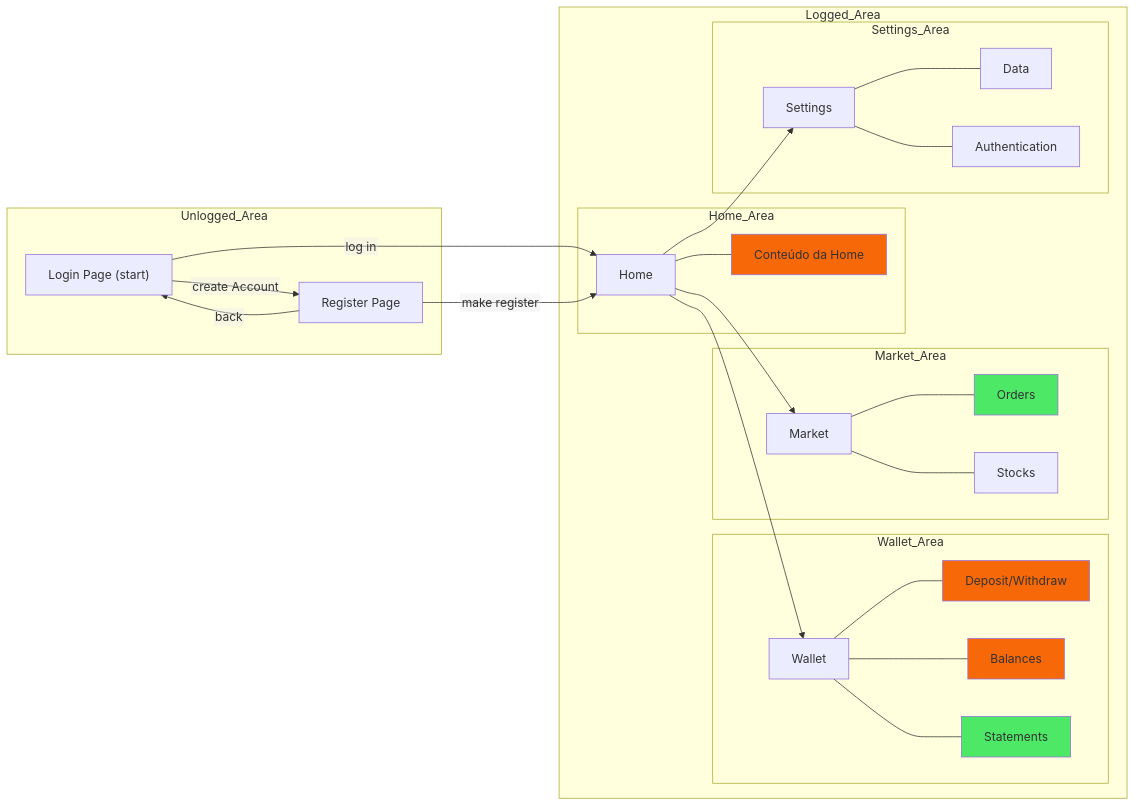
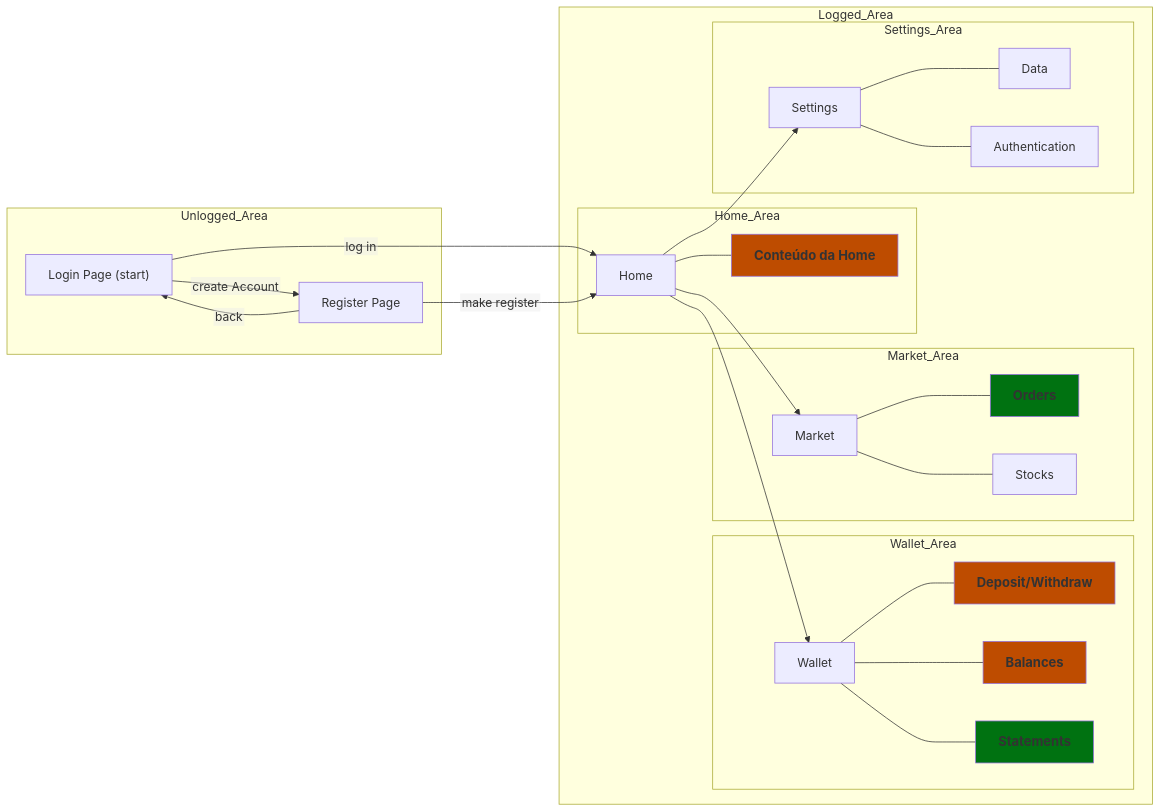
One commit to Lucas-MDC/BaroTrader changed the diagram in docs/architecture.md. Above: the diagram before and after it, drawn with Mermaid.

Commit message:
doc: changed warning and suggest color and font

````diff
--- a/docs/architecture.md
+++ b/docs/architecture.md
@@ -1,66 +1,66 @@
 ```mermaid
 ---
 config:
   flowchart:
     htmlLabels: false
 ---
 flowchart LR
 
-    classDef warning fill:#f76808
-    classDef suggest fill:#4DE865
+    classDef warning fill: #be4c00ff, font-weight: bold, font-size: 13pt
+    classDef suggest fill: #007211ff, font-weight: bold, font-size: 13pt
         
     subgraph Unlogged_Area
     loginPage["Login Page (start)"]
     register["Register Page"]
     end
     
     subgraph Logged_Area
 
         subgraph Home_Area
             home["Home"]
             content["Conteúdo da Home"]
         end
 
         subgraph Wallet_Area
             wallet["Wallet"]
             money_io["Deposit/Withdraw"]
             balances["Balances"]
             statements["Statements"]
             
         end
     
         subgraph Market_Area
             market["Market"]
             orders["Orders"]
             stocks["Stocks"]
         end
     
         subgraph Settings_Area
             settings["Settings"]
             user_perfil["Data"]
             auth["Authentication"]
         end
     
     loginPage -->|log in| home
     loginPage -->|create Account| register
     register -->|back| loginPage
     register -->|make register| home
     
     home --> wallet
     home --> market
     home --> settings
     
     home --- content:::warning
 
     wallet --- money_io:::warning
     wallet --- balances:::warning
     wallet --- statements:::suggest
 
     market --- orders:::suggest
     market --- stocks
 
     settings --- user_perfil
     settings --- auth
     
     end
 ```
````
